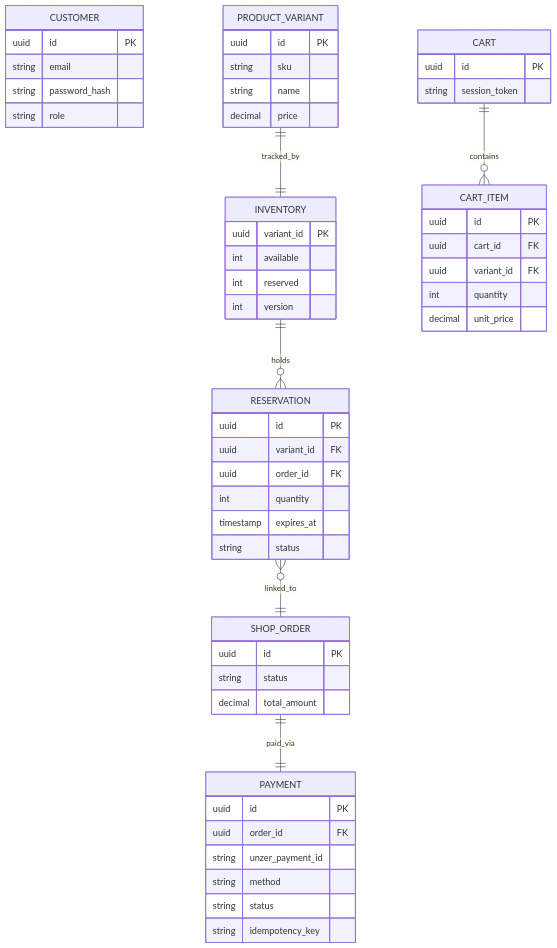
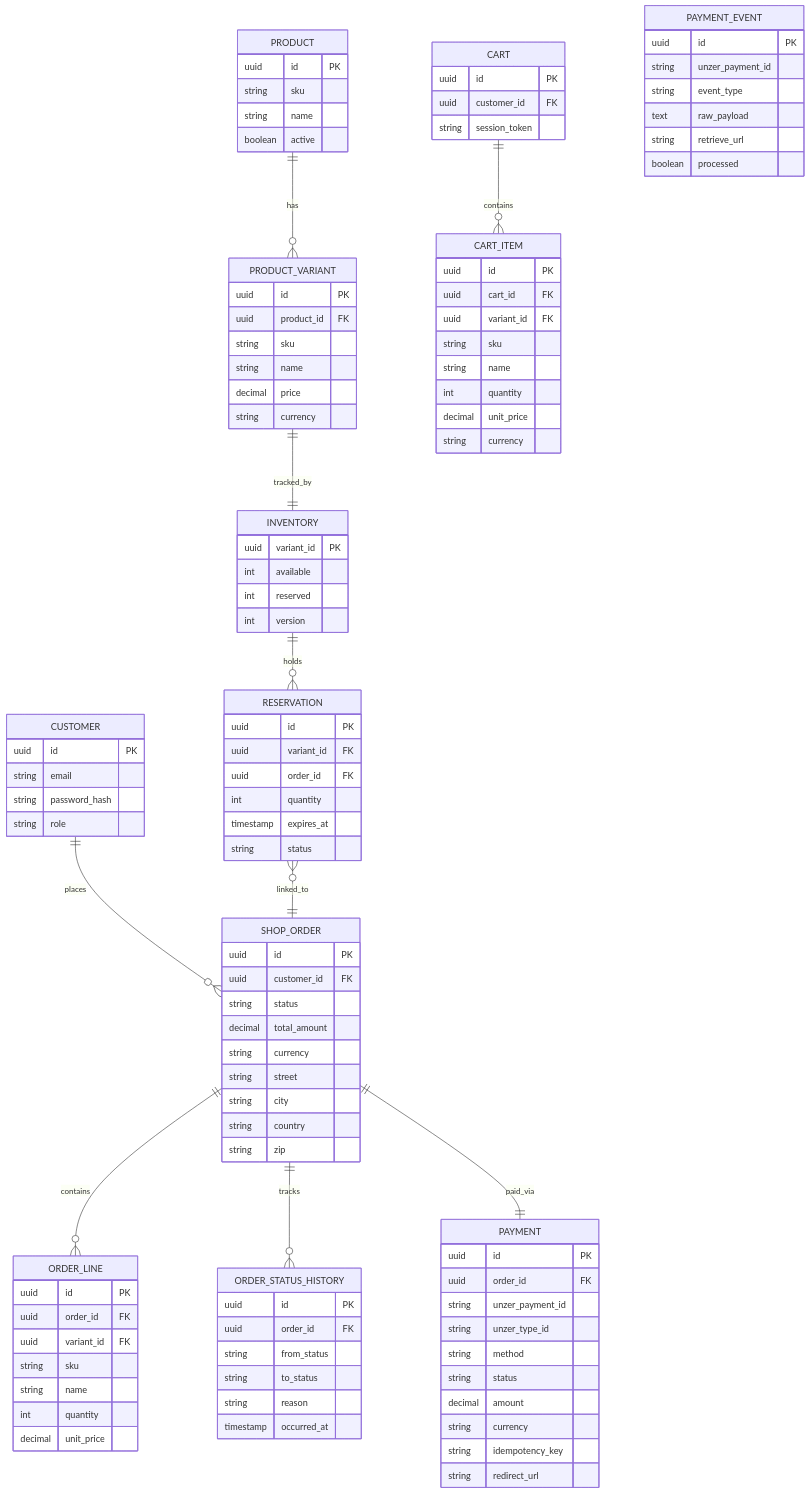
Before and after one commit to HARrrrisoon39/Unzer-Task-Code: the third of 6 diagrams in architecture.md, drawn with Mermaid.

````diff
--- a/architecture.md
+++ b/architecture.md
@@ -88,11 +88,19 @@
     string password_hash
     string role
   }
-  PRODUCT_VARIANT {
+  PRODUCT {
     uuid id PK
     string sku
     string name
+    boolean active
+  }
+  PRODUCT_VARIANT {
+    uuid id PK
+    uuid product_id FK
+    string sku
+    string name
     decimal price
+    string currency
   }
   INVENTORY {
     uuid variant_id PK
@@ -110,32 +118,75 @@
   }
   CART {
     uuid id PK
+    uuid customer_id FK
     string session_token
   }
   CART_ITEM {
     uuid id PK
     uuid cart_id FK
     uuid variant_id FK
+    string sku
+    string name
+    int quantity
+    decimal unit_price
+    string currency
+  }
+  SHOP_ORDER {
+    uuid id PK
+    uuid customer_id FK
+    string status
+    decimal total_amount
+    string currency
+    string street
+    string city
+    string country
+    string zip
+  }
+  ORDER_LINE {
+    uuid id PK
+    uuid order_id FK
+    uuid variant_id FK
+    string sku
+    string name
     int quantity
     decimal unit_price
   }
-  SHOP_ORDER {
+  ORDER_STATUS_HISTORY {
     uuid id PK
-    string status
-    decimal total_amount
+    uuid order_id FK
+    string from_status
+    string to_status
+    string reason
+    timestamp occurred_at
   }
   PAYMENT {
     uuid id PK
     uuid order_id FK
     string unzer_payment_id
+    string unzer_type_id
     string method
     string status
+    decimal amount
+    string currency
     string idempotency_key
+    string redirect_url
+  }
+  PAYMENT_EVENT {
+    uuid id PK
+    string unzer_payment_id
+    string event_type
+    text raw_payload
+    string retrieve_url
+    boolean processed
   }
 
-  CART ||--o{ CART_ITEM : contains
+  CUSTOMER ||--o{ SHOP_ORDER : places
+  PRODUCT ||--o{ PRODUCT_VARIANT : has
   PRODUCT_VARIANT ||--|| INVENTORY : tracked_by
   INVENTORY ||--o{ RESERVATION : holds
+  CART ||--o{ CART_ITEM : contains
+  SHOP_ORDER ||--o{ ORDER_LINE : contains
+  SHOP_ORDER ||--o{ ORDER_STATUS_HISTORY : tracks
   SHOP_ORDER ||--|| PAYMENT : paid_via
   RESERVATION }o--|| SHOP_ORDER : linked_to
 ```
````
